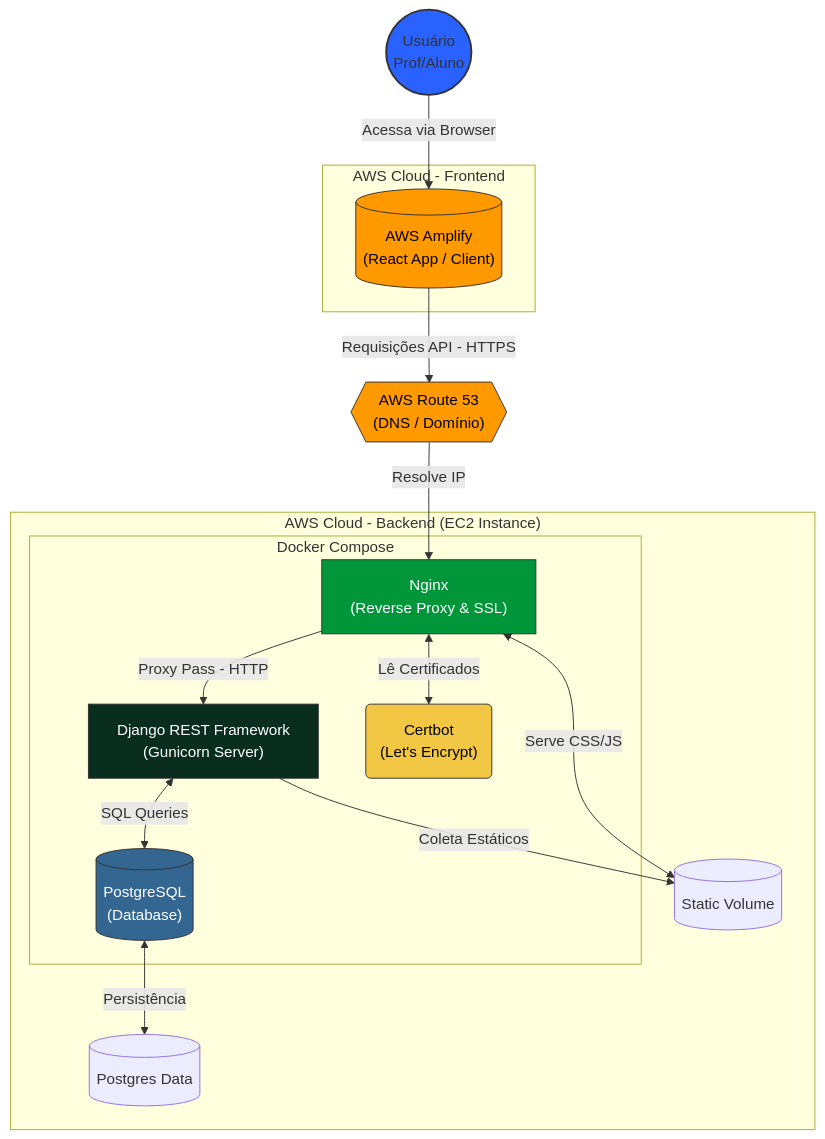
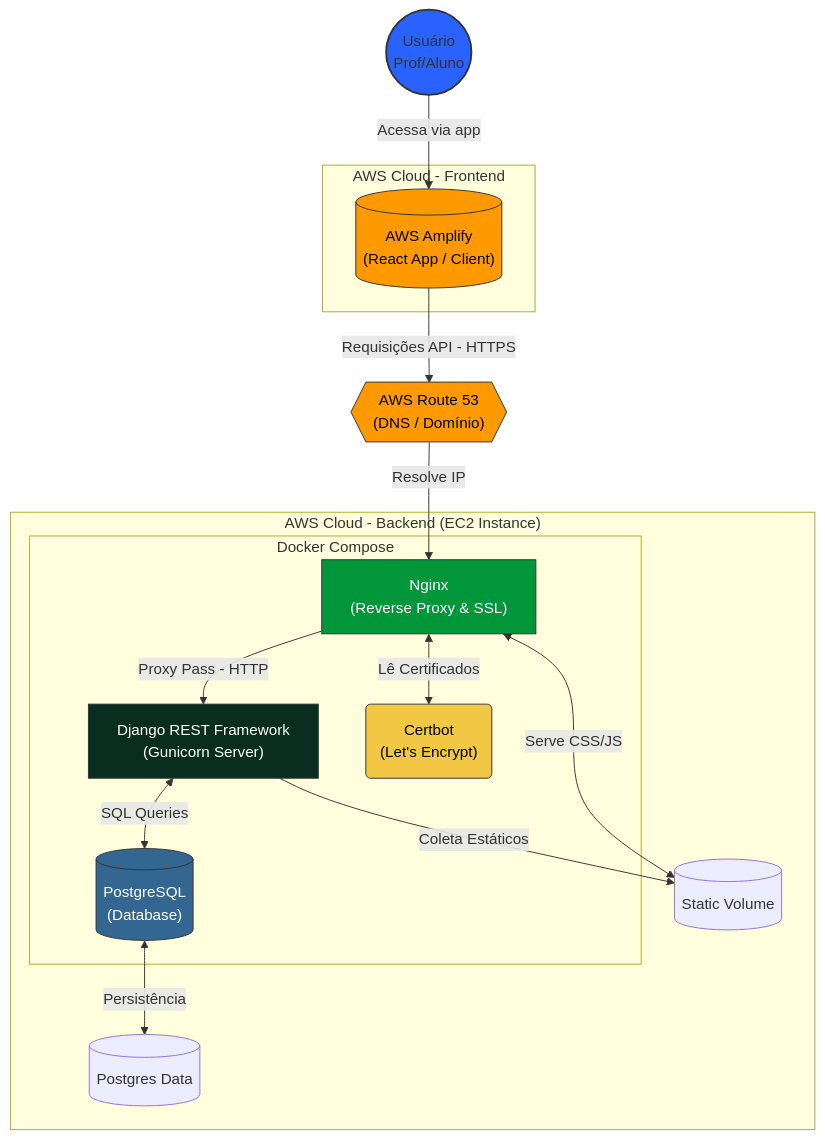
One commit to gusjjpv/PERFIT changed the diagram in README.md. Above: the diagram before and after it, drawn with Mermaid.

Commit message:
Update user access description in README

````diff
--- a/README.md
+++ b/README.md
@@ -43,41 +43,41 @@
 ```mermaid
 ---
 config:
   layout: fixed
 ---
 flowchart TB
  subgraph subGraph0["AWS Cloud - Frontend"]
         Amplify[("AWS Amplify<br>(React App / Client)")]
   end
  subgraph subGraph1["Docker Compose"]
         Nginx["Nginx<br>(Reverse Proxy &amp; SSL)"]
         Certbot@{ label: "Certbot<br>(Let's Encrypt)" }
         Django["Django REST Framework<br>(Gunicorn Server)"]
         Postgres[("PostgreSQL<br>(Database)")]
   end
  subgraph subGraph2["AWS Cloud - Backend (EC2 Instance)"]
         subGraph1
         StaticVol[("Static Volume")]
         DbVol[("Postgres Data")]
   end
-    User(("Usuário<br>Prof/Aluno")) -- Acessa via Browser --> Amplify
+    User(("Usuário<br>Prof/Aluno")) -- Acessa via app --> Amplify
     Amplify -- "Requisições API - HTTPS" --> Route53{{"AWS Route 53<br>(DNS / Domínio)"}}
     Route53 L_Route53_Nginx_0@-- Resolve IP --> Nginx
     Nginx -- "Proxy Pass - HTTP" --> Django
     Django <-- SQL Queries --> Postgres
     Nginx <-- Lê Certificados --> Certbot
     Nginx <-- Serve CSS/JS --> StaticVol
     Django -- Coleta Estáticos --> StaticVol
     Postgres <-- Persistência --> DbVol
 
     Certbot@{ shape: rounded}
     style Amplify fill:#ff9900,stroke:#333,color:black
     style Nginx fill:#009639,stroke:#333,color:white
     style Certbot fill:#f2c744,stroke:#333,color:black
     style Django fill:#092e20,stroke:#333,color:white
     style Postgres fill:#336791,stroke:#333,color:white
     style User fill:#2962FF,stroke:#333,stroke-width:2px,color:none
     style Route53 fill:#ff9900,stroke:#333,color:black
 
     L_Route53_Nginx_0@{ curve: natural }
 ```
````
